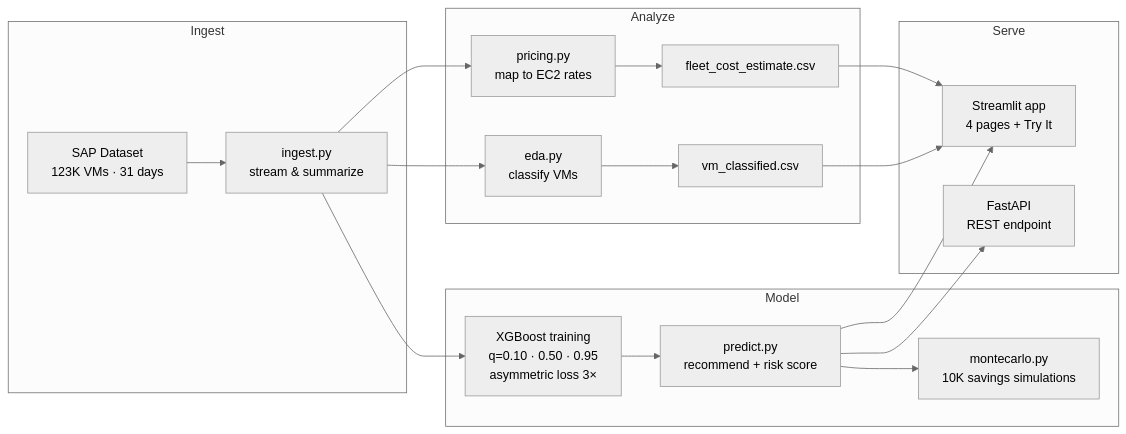
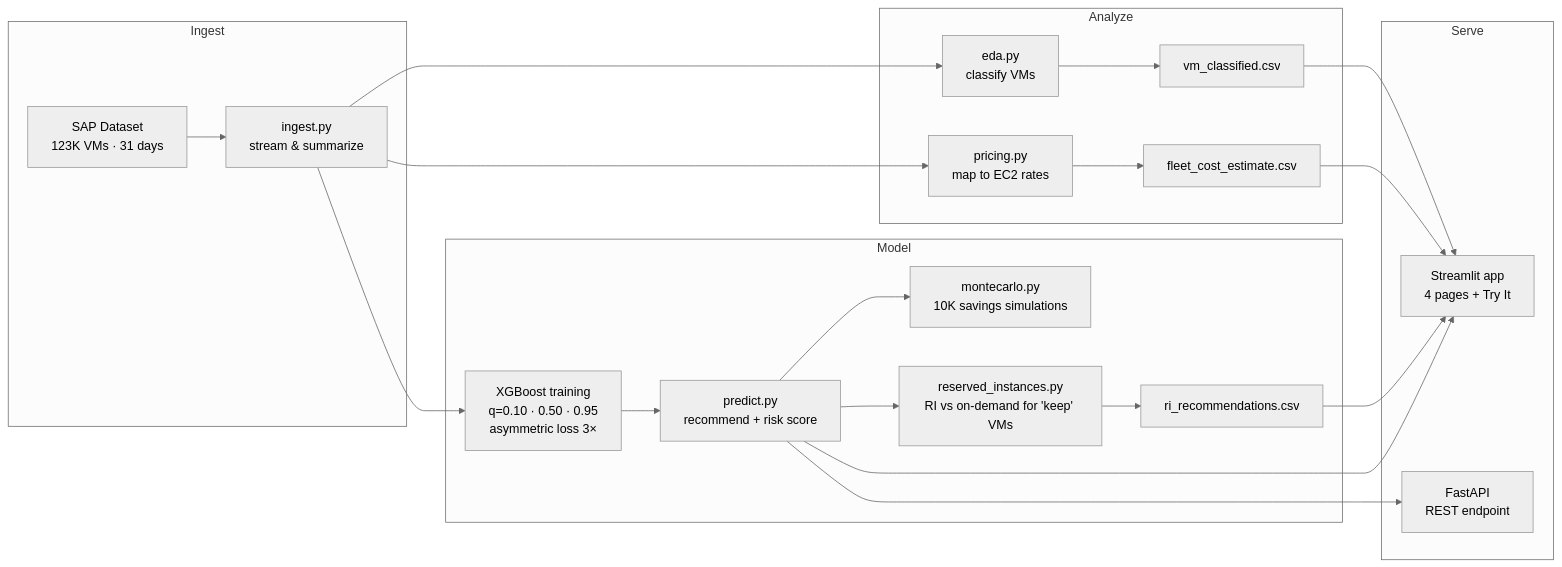
Before and after one commit to aroaxinping/cloud-cost-predictor: the diagram in README.md, drawn with Mermaid (neutral theme). The commit also changed other lines of this file, not shown here.

Commit message:
Document Reserved Instance findings in README

````diff
--- a/README.md
+++ b/README.md
@@ -140,26 +162,29 @@
 ```mermaid
 flowchart LR
     subgraph Ingest
         A[SAP Dataset\n123K VMs · 31 days] --> B[ingest.py\nstream & summarize]
     end
 
     subgraph Analyze
         B --> C[eda.py\nclassify VMs]
         B --> D[pricing.py\nmap to EC2 rates]
         C --> E[vm_classified.csv]
         D --> F[fleet_cost_estimate.csv]
     end
 
     subgraph Model
         B --> G[XGBoost training\nq=0.10 · 0.50 · 0.95\nasymmetric loss 3×]
         G --> H[predict.py\nrecommend + risk score]
         H --> MC[montecarlo.py\n10K savings simulations]
+        H --> RI[reserved_instances.py\nRI vs on-demand for 'keep' VMs]
+        RI --> K[ri_recommendations.csv]
     end
 
     subgraph Serve
         H --> I[Streamlit app\n4 pages + Try It]
         H --> J[FastAPI\nREST endpoint]
         E --> I
         F --> I
+        K --> I
     end
 ```
````
